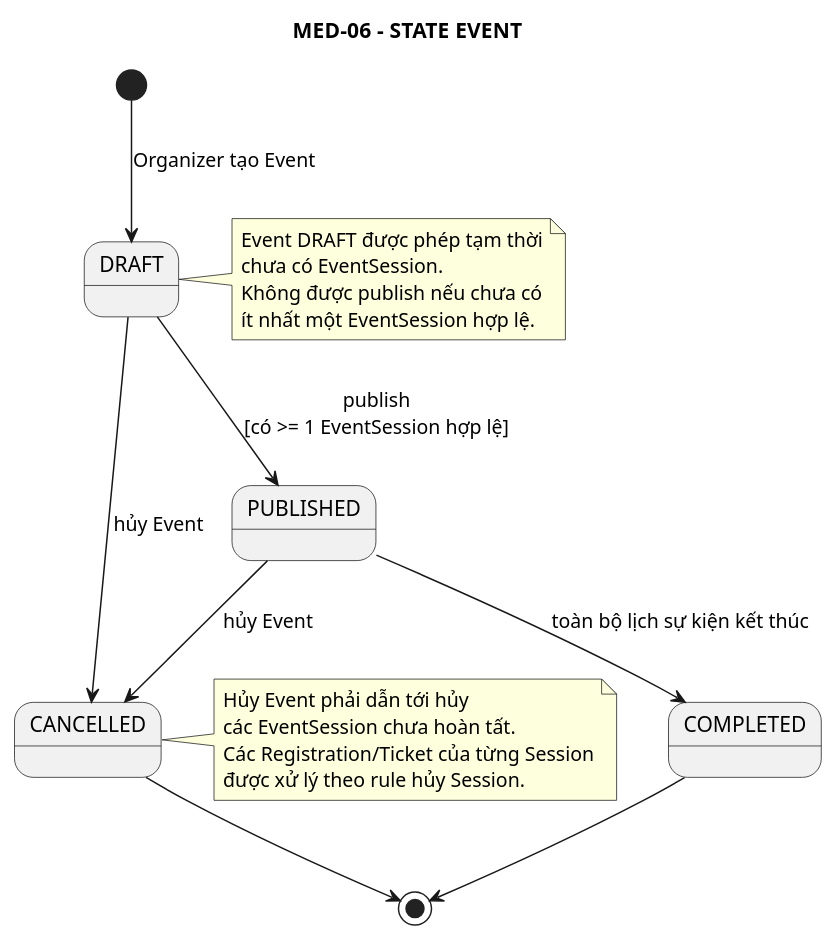
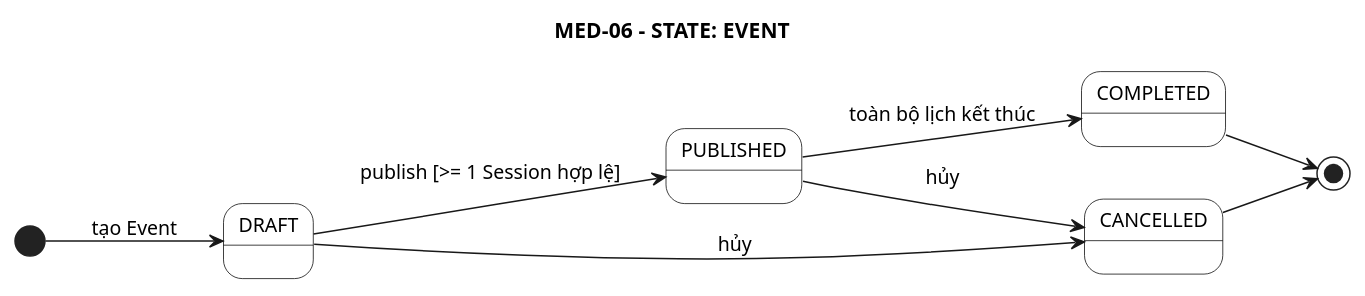
The diagram in PTTK/07_State/04-event-state.puml (anh632k-ui/OOP-DoAn), drawn with PlantUML before and after one commit.

Commit message:
simplify event state diagram layout

```diff
--- a/PTTK/07_State/04-event-state.puml
+++ b/PTTK/07_State/04-event-state.puml
@@ -1,31 +1,22 @@
 @startuml
+left to right direction
+skinparam monochrome true
 skinparam shadowing false
+skinparam defaultFontSize 13
+skinparam state {
+  BackgroundColor White
+  BorderColor Black
+}
 
-title MED-06 - STATE EVENT
+title MED-06 - STATE: EVENT
 
-[*] --> DRAFT : Organizer tạo Event
+[*] --> DRAFT : tạo Event
+DRAFT --> PUBLISHED : publish [>= 1 Session hợp lệ]
+PUBLISHED --> COMPLETED : toàn bộ lịch kết thúc
+COMPLETED --> [*]
 
-DRAFT --> PUBLISHED : publish\n[có >= 1 EventSession hợp lệ]
-DRAFT --> CANCELLED : hủy Event
-
-PUBLISHED --> COMPLETED : toàn bộ lịch sự kiện kết thúc
-PUBLISHED --> CANCELLED : hủy Event
-
-COMPLETED --> [*]
+DRAFT --> CANCELLED : hủy
+PUBLISHED --> CANCELLED : hủy
 CANCELLED --> [*]
 
-note right of DRAFT
-Event DRAFT được phép tạm thời
-chưa có EventSession.
-Không được publish nếu chưa có
-ít nhất một EventSession hợp lệ.
-end note
-
-note right of CANCELLED
-Hủy Event phải dẫn tới hủy
-các EventSession chưa hoàn tất.
-Các Registration/Ticket của từng Session
-được xử lý theo rule hủy Session.
-end note
-
 @enduml
```
